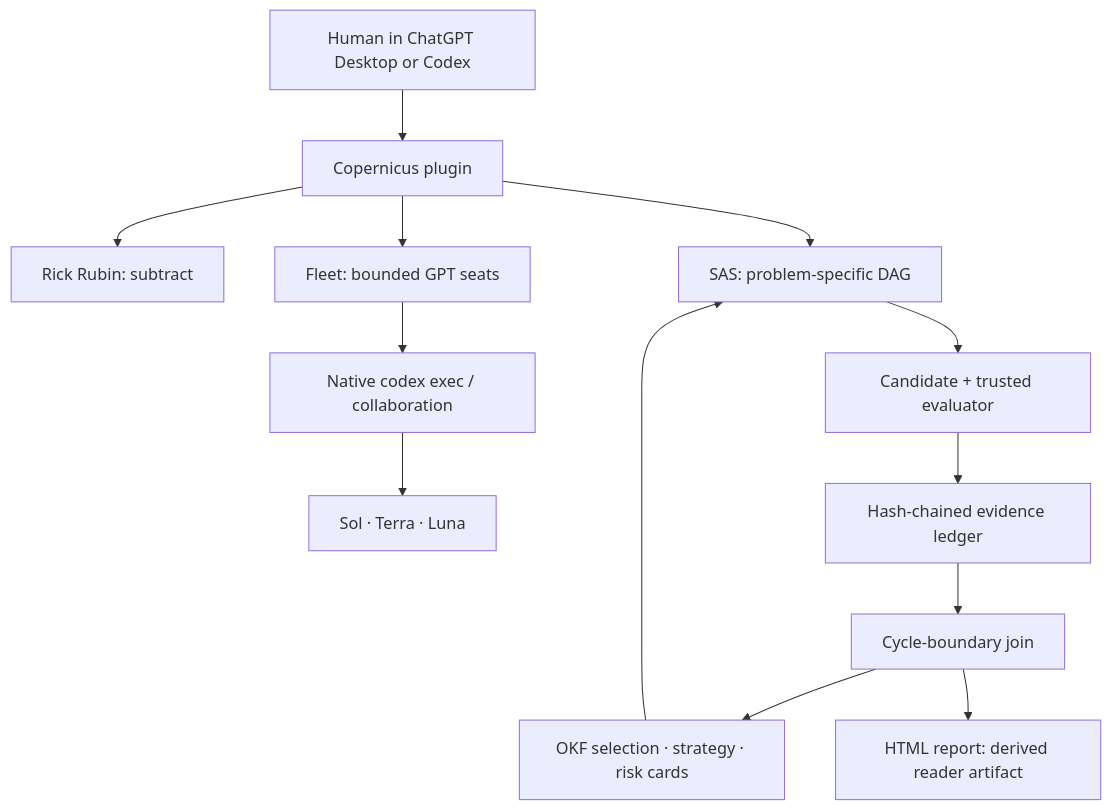
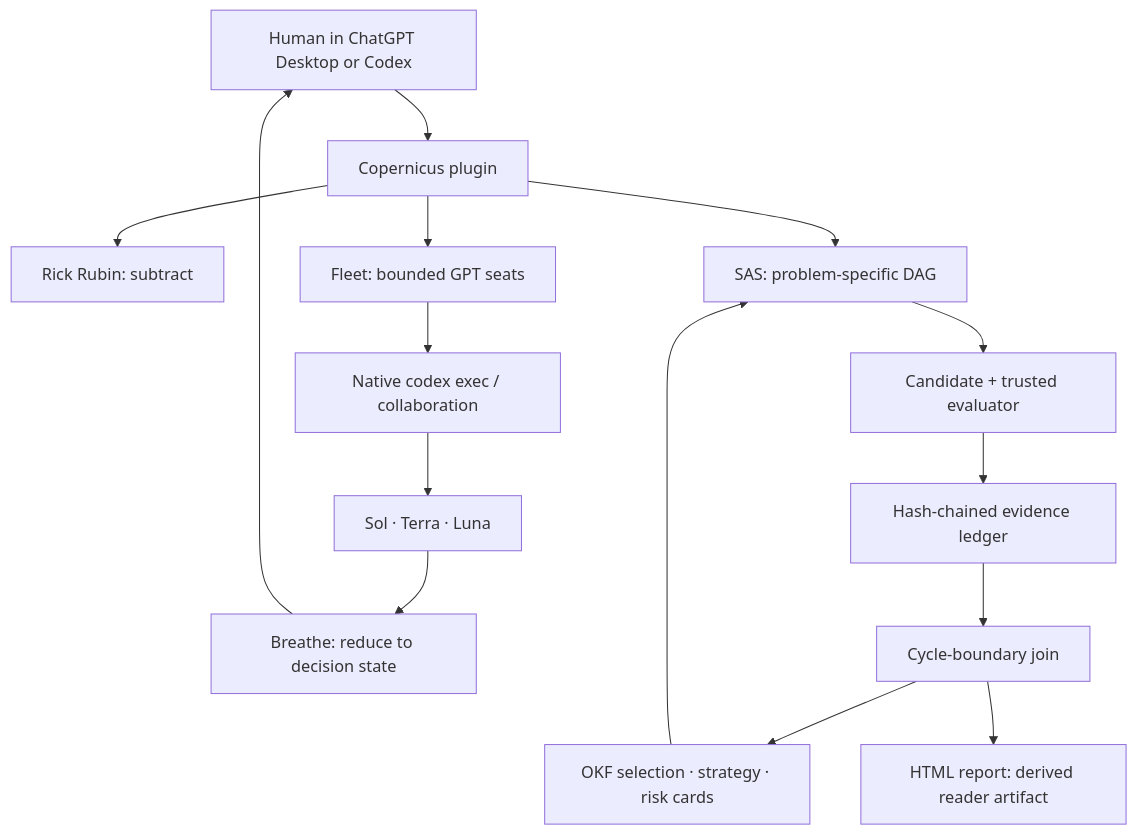
Before and after one commit to Babinci/copernicus: the diagram in docs/copernicus/architecture.md, drawn with Mermaid. The commit also changed other lines of this file and 12 other files, not shown here.

Commit message:
Add Breathe decision-compression skill

````diff
--- a/docs/copernicus/architecture.md
+++ b/docs/copernicus/architecture.md
@@ -14,15 +14,17 @@
 ```mermaid
 flowchart TD
     U["Human in ChatGPT Desktop or Codex"] --> P["Copernicus plugin"]
     P --> R["Rick Rubin: subtract"]
     P --> F["Fleet: bounded GPT seats"]
     P --> S["SAS: problem-specific DAG"]
     F --> C["Native codex exec / collaboration"]
     C --> M["Sol · Terra · Luna"]
+    M --> B["Breathe: reduce to decision state"]
+    B --> U
     S --> G["Candidate + trusted evaluator"]
     G --> E["Hash-chained evidence ledger"]
     E --> J["Cycle-boundary join"]
     J --> O["OKF selection · strategy · risk cards"]
     J --> H["HTML report: derived reader artifact"]
     O --> S
 ```
````
